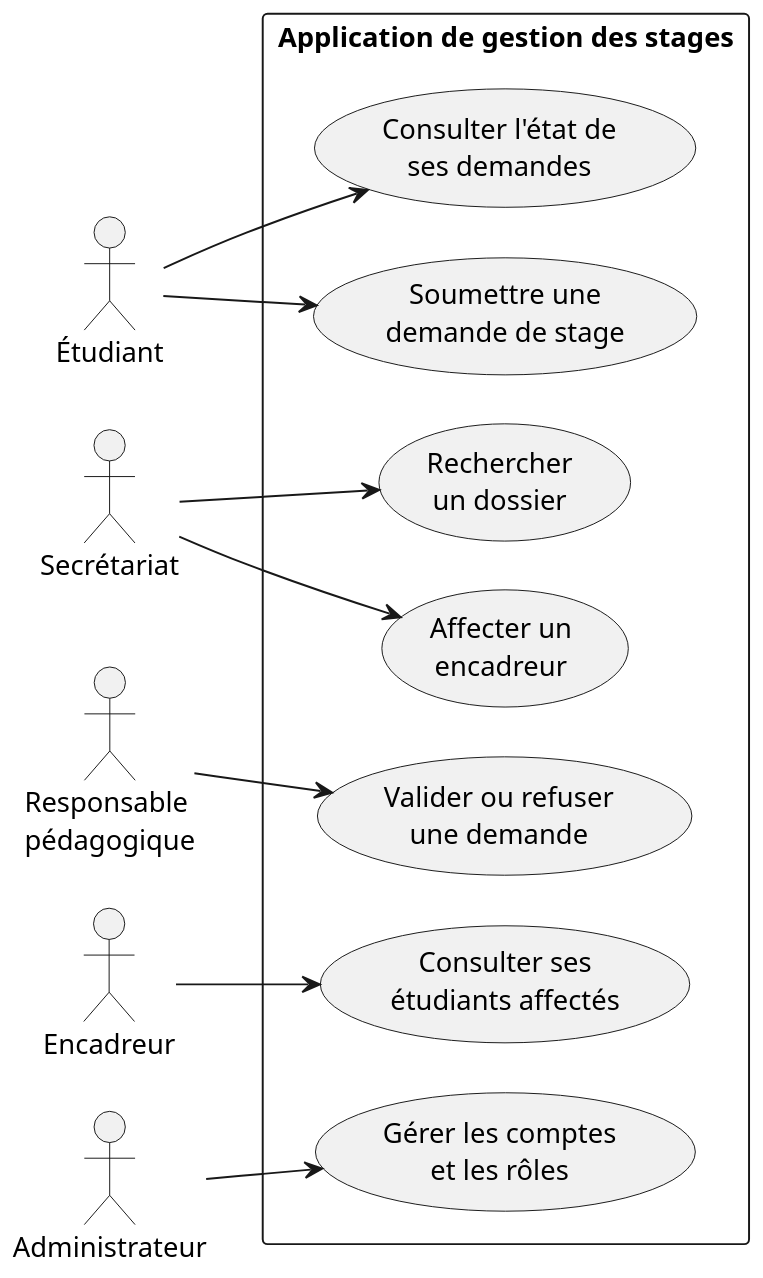
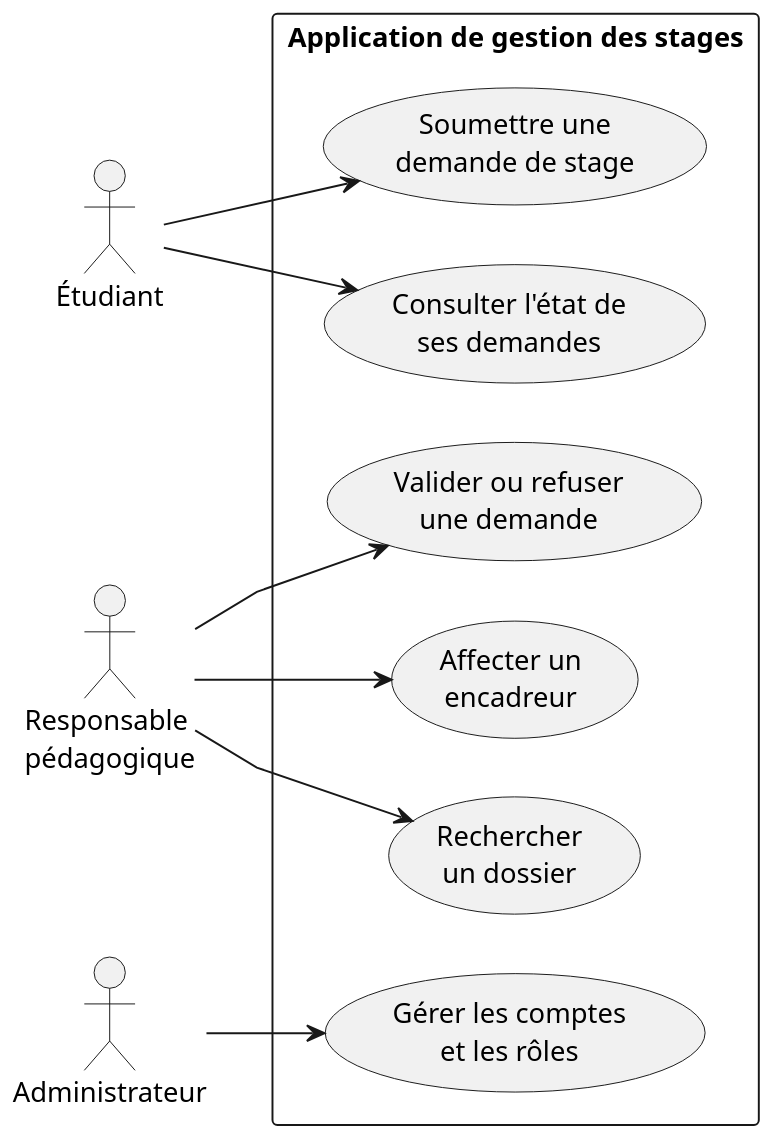
Before and after one commit to thelabofferdi/pjinfo2: the diagram in TP3/cas_usage.puml, drawn with PlantUML. The commit also changed 9 other files, not shown here.

```diff
--- a/TP3/cas_usage.puml
+++ b/TP3/cas_usage.puml
@@ -1,33 +1,31 @@
 @startuml
 skinparam dpi 150
+skinparam monochrome true
 skinparam shadowing false
+skinparam defaultFontName SansSerif
 skinparam packageStyle rectangle
-skinparam defaultFontName SansSerif
-skinparam nodesep 25
-skinparam ranksep 45
+skinparam linetype polyline
+skinparam nodesep 30
+skinparam ranksep 50
 left to right direction
 
 actor "Étudiant" as E
-actor "Secrétariat" as S
 actor "Responsable\npédagogique" as R
-actor "Encadreur" as N
 actor "Administrateur" as A
 
 rectangle "Application de gestion des stages" {
   usecase "Soumettre une\ndemande de stage" as UC1
   usecase "Consulter l'état de\nses demandes" as UC2
   usecase "Valider ou refuser\nune demande" as UC3
   usecase "Affecter un\nencadreur" as UC4
   usecase "Rechercher\nun dossier" as UC5
-  usecase "Consulter ses\nétudiants affectés" as UC6
-  usecase "Gérer les comptes\net les rôles" as UC7
+  usecase "Gérer les comptes\net les rôles" as UC6
 }
 
 E --> UC1
 E --> UC2
 R --> UC3
-S --> UC4
-S --> UC5
-N --> UC6
-A --> UC7
+R --> UC4
+R --> UC5
+A --> UC6
 @enduml
```
